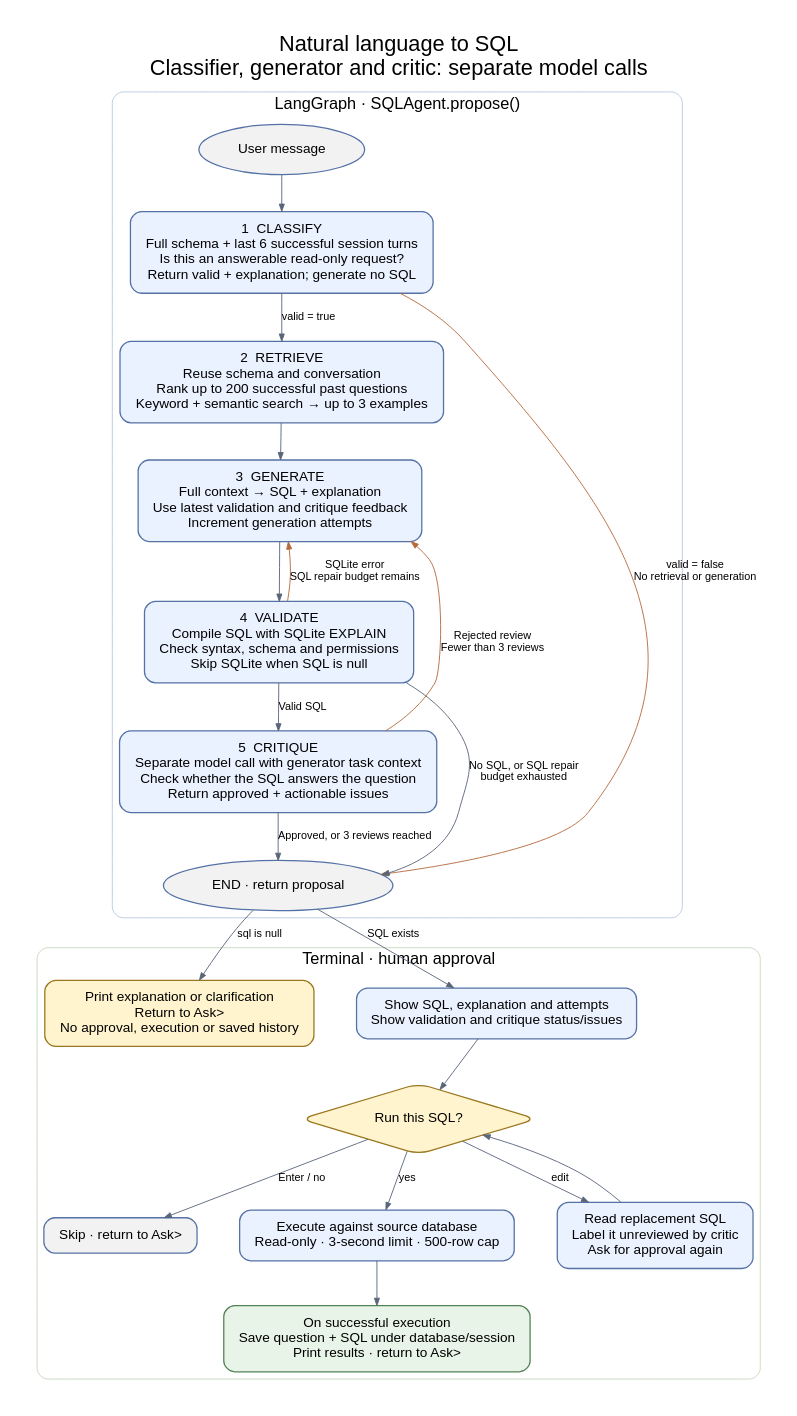
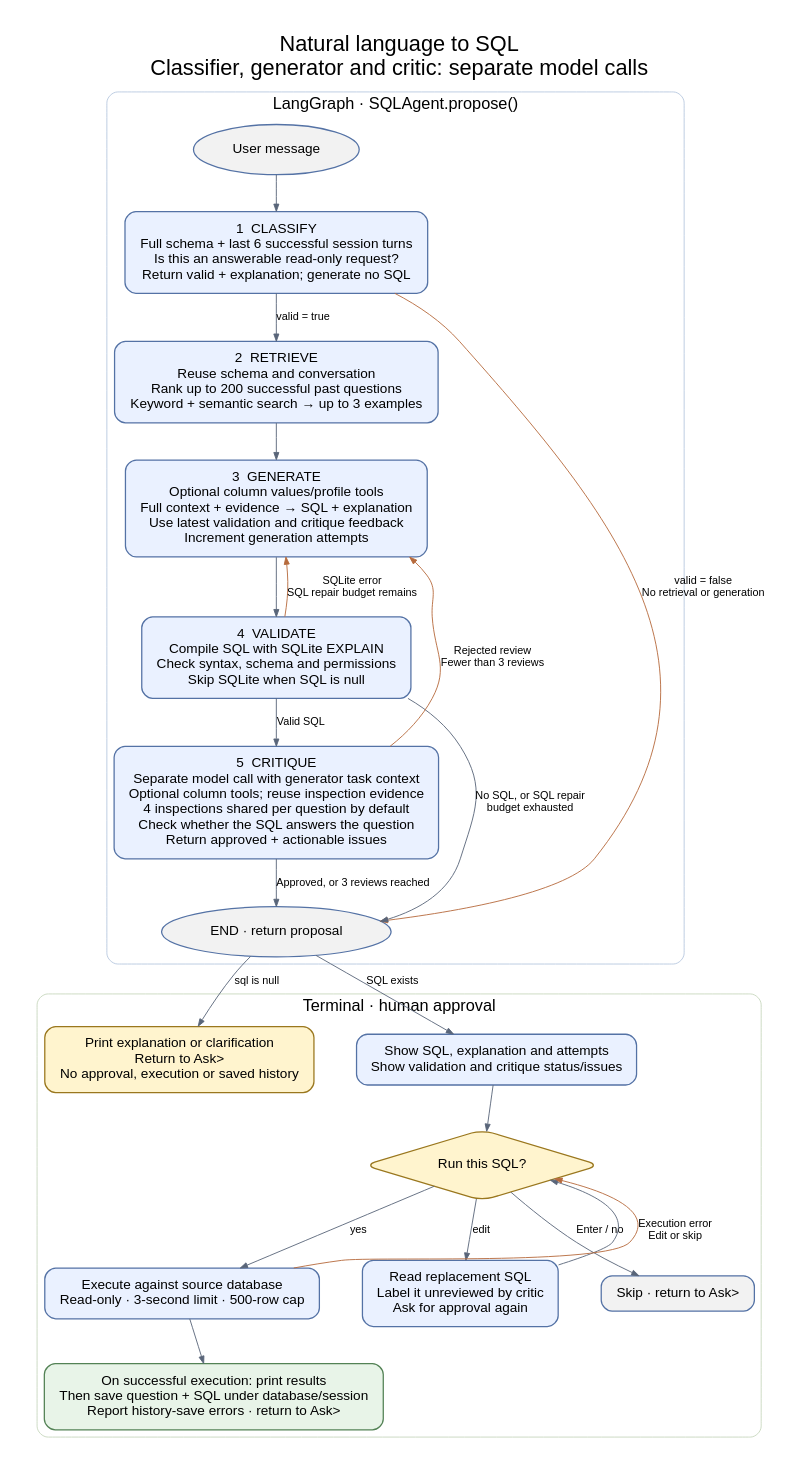
One commit to SrikarKorrapati/natural-language-to-sql changed the diagram in docs/sql-agent-flow.dot. Above: the diagram before and after it, drawn with Graphviz. The commit also changed 24 other files, not shown here.

Commit message:
Add bounded column tools and reliability fixes

```diff
--- a/docs/sql-agent-flow.dot
+++ b/docs/sql-agent-flow.dot
@@ -1,52 +1,53 @@
 digraph SQLAgent {
   graph [rankdir=TB, bgcolor="#ffffff", pad=0.35, nodesep=0.65, ranksep=0.55,
     fontname="Arial", fontsize=24, labelloc=t,
     label="Natural language to SQL\nClassifier, generator and critic: separate model calls"];
   node [shape=box, style="rounded,filled", fillcolor="#eaf1ff", color="#5472a5",
     fontname="Arial", fontsize=15, margin="0.22,0.15", penwidth=1.4];
   edge [fontname="Arial", fontsize=12, color="#596579", arrowsize=0.8];
 
   subgraph cluster_agent {
     label="LangGraph · SQLAgent.propose()";
     fontsize=18; color="#b7c8df"; style="rounded";
     start [label="User message", shape=oval, fillcolor="#f2f2f2"];
     classify [label="1  CLASSIFY\nFull schema + last 6 successful session turns\nIs this an answerable read-only request?\nReturn valid + explanation; generate no SQL"];
     retrieve [label="2  RETRIEVE\nReuse schema and conversation\nRank up to 200 successful past questions\nKeyword + semantic search → up to 3 examples"];
-    generate [label="3  GENERATE\nFull context → SQL + explanation\nUse latest validation and critique feedback\nIncrement generation attempts"];
+    generate [label="3  GENERATE\nOptional column values/profile tools\nFull context + evidence → SQL + explanation\nUse latest validation and critique feedback\nIncrement generation attempts"];
     validate [label="4  VALIDATE\nCompile SQL with SQLite EXPLAIN\nCheck syntax, schema and permissions\nSkip SQLite when SQL is null"];
-    critique [label="5  CRITIQUE\nSeparate model call with generator task context\nCheck whether the SQL answers the question\nReturn approved + actionable issues"];
+    critique [label="5  CRITIQUE\nSeparate model call with generator task context\nOptional column tools; reuse inspection evidence\n4 inspections shared per question by default\nCheck whether the SQL answers the question\nReturn approved + actionable issues"];
     done [label="END · return proposal", shape=oval, fillcolor="#f2f2f2"];
 
     start -> classify;
     classify -> retrieve [label="valid = true"];
     classify -> done [label="valid = false\nNo retrieval or generation", constraint=false, color="#b66a3c"];
     retrieve -> generate;
     generate -> validate;
     validate -> generate [label="SQLite error\nSQL repair budget remains", constraint=false, color="#b66a3c"];
     validate -> critique [label="Valid SQL"];
     validate -> done [label="No SQL, or SQL repair\nbudget exhausted", constraint=false];
     critique -> generate [label="Rejected review\nFewer than 3 reviews", constraint=false, color="#b66a3c"];
     critique -> done [label="Approved, or 3 reviews reached"];
   }
 
   subgraph cluster_terminal {
     label="Terminal · human approval";
     fontsize=18; color="#c8d7be"; style="rounded";
     reply [label="Print explanation or clarification\nReturn to Ask>\nNo approval, execution or saved history", fillcolor="#fff4ce", color="#9a771e"];
     review [label="Show SQL, explanation and attempts\nShow validation and critique status/issues"];
     approve [label="Run this SQL?", shape=diamond, fillcolor="#fff4ce", color="#9a771e"];
     edit [label="Read replacement SQL\nLabel it unreviewed by critic\nAsk for approval again"];
     skip [label="Skip · return to Ask>", fillcolor="#f2f2f2"];
     execute [label="Execute against source database\nRead-only · 3-second limit · 500-row cap"];
-    save [label="On successful execution\nSave question + SQL under database/session\nPrint results · return to Ask>", fillcolor="#e8f4e8", color="#538255"];
+    save [label="On successful execution: print results\nThen save question + SQL under database/session\nReport history-save errors · return to Ask>", fillcolor="#e8f4e8", color="#538255"];
 
     review -> approve;
     approve -> edit [label="edit"];
     edit -> approve [constraint=false];
     approve -> skip [label="Enter / no"];
     approve -> execute [label="yes"];
     execute -> save;
+    execute -> approve [label="Execution error\nEdit or skip", constraint=false, color="#b66a3c"];
   }
   done -> reply [label="sql is null"];
   done -> review [label="SQL exists"];
 }
```
